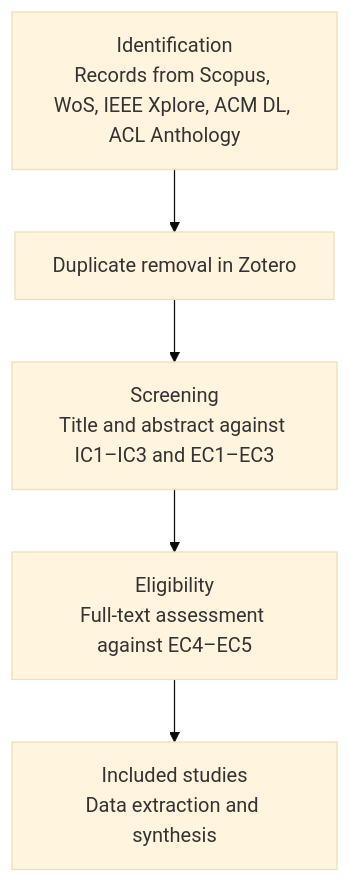
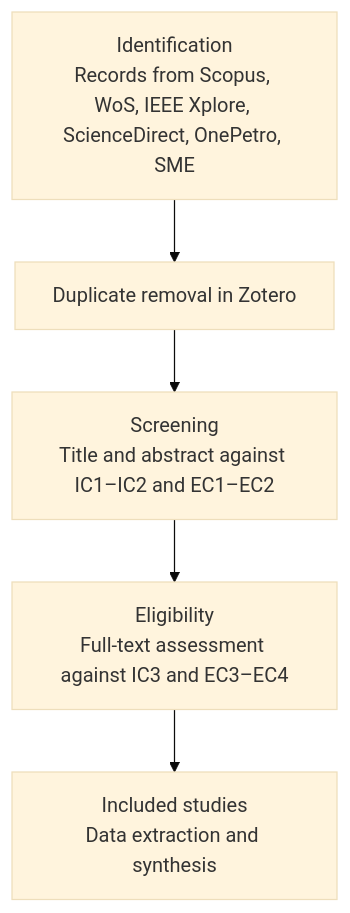
The diagram in 04_Literature_Review_PRISMA/PRISMA_Review_Protocol_v0.1.md (Enki665/UNMSM-Research-Methods-2026-II), drawn with Mermaid (base theme) before and after one commit. The commit also changed other lines of this file and 29 other files, not shown here.

````diff
--- a/04_Literature_Review_PRISMA/PRISMA_Review_Protocol_v0.1.md
+++ b/04_Literature_Review_PRISMA/PRISMA_Review_Protocol_v0.1.md
@@ -89,7 +83,7 @@
 ```mermaid
 flowchart TD
-    A["Identification<br/>Records from Scopus, WoS, IEEE Xplore, ACM DL, ACL Anthology"] --> B["Duplicate removal in Zotero"]
-    B --> C["Screening<br/>Title and abstract against IC1–IC3 and EC1–EC3"]
-    C --> D["Eligibility<br/>Full-text assessment against EC4–EC5"]
+    A["Identification<br/>Records from Scopus, WoS, IEEE Xplore, ScienceDirect, OnePetro, SME"] --> B["Duplicate removal in Zotero"]
+    B --> C["Screening<br/>Title and abstract against IC1–IC2 and EC1–EC2"]
+    C --> D["Eligibility<br/>Full-text assessment against IC3 and EC3–EC4"]
     D --> E["Included studies<br/>Data extraction and synthesis"]
 ```
````
